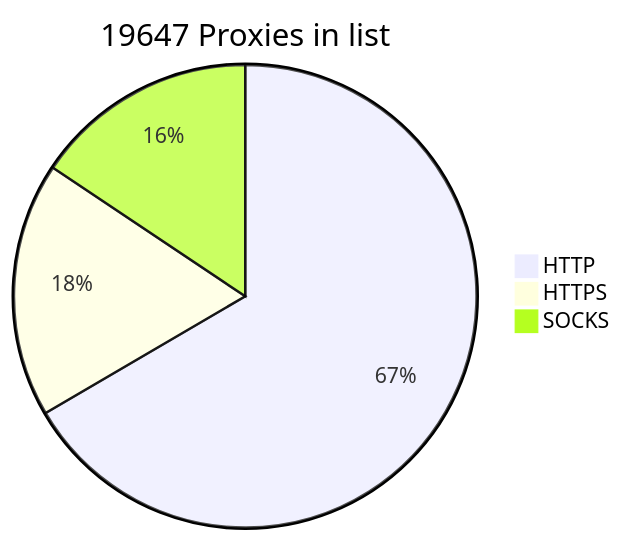
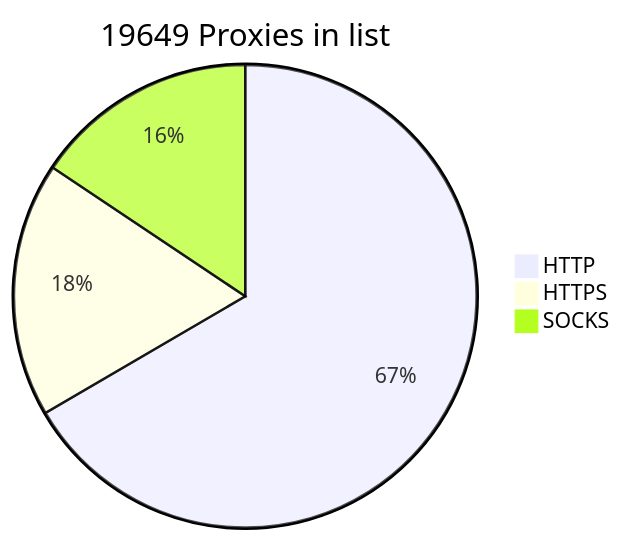
Before and after one commit to BlackSnowDot/proxylist-update-every-minute: the diagram in README.md, drawn with Mermaid.

````diff
--- a/README.md
+++ b/README.md
@@ -2,6 +2,6 @@
 ```mermaid
-pie title 19647 Proxies in list
-    "HTTP" : 14485
+pie title 19649 Proxies in list
+    "HTTP" : 14490
     "HTTPS": 3872
     "SOCKS" : 3399
 ```
````
